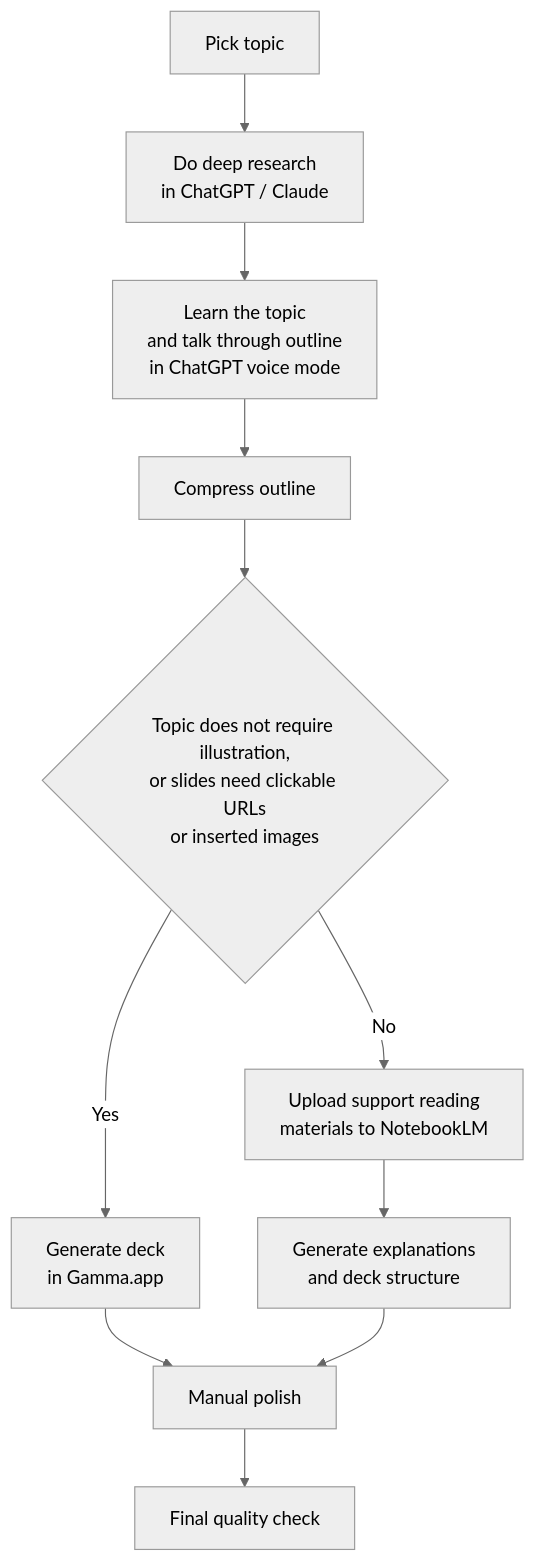
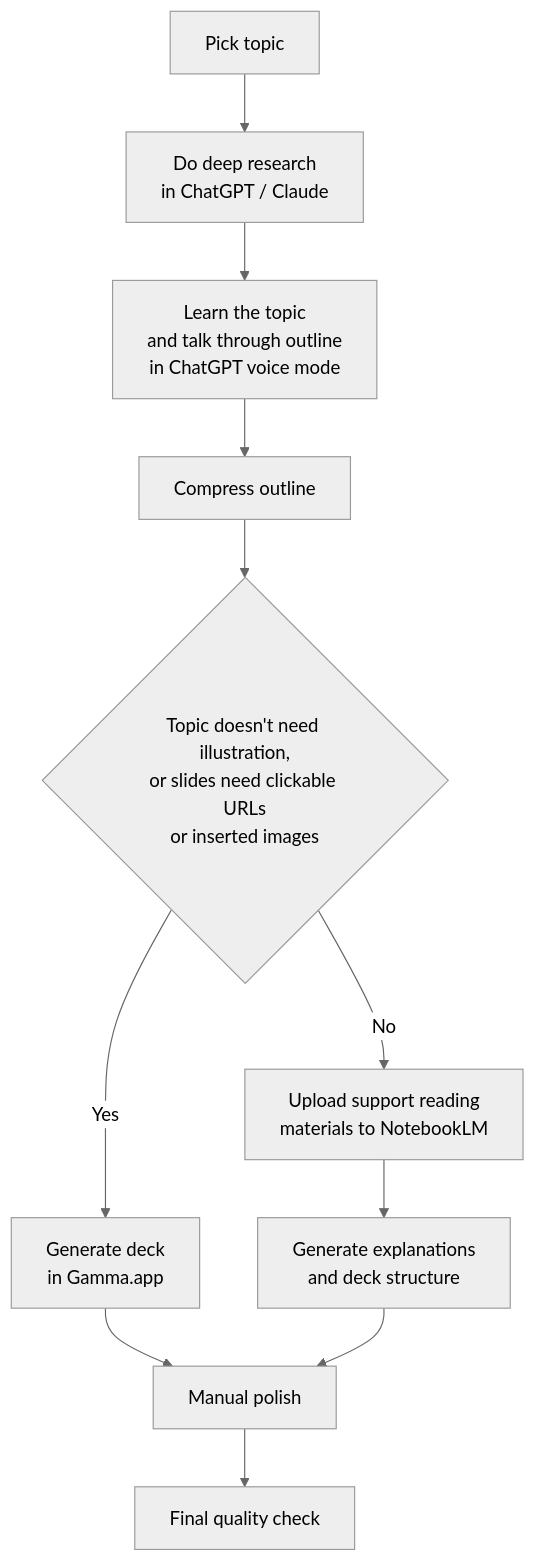
One commit to gty3310/Awesome-Paper-Reading-Group-AI-Slides-Building-Pipeline changed the diagram in readme.md. Above: the diagram before and after it, drawn with Mermaid (neutral theme). The commit also changed other lines of this file, not shown here.

````diff
--- a/readme.md
+++ b/readme.md
@@ -32,21 +32,21 @@
 ```mermaid
 flowchart TD
     A["`Pick topic`"] --> B["`Do deep research
 in ChatGPT / Claude`"]
     B --> C["`Learn the topic
 and talk through outline
 in ChatGPT voice mode`"]
     C --> D["`Compress outline`"]
-    D --> E{"`Topic does not require illustration,
+    D --> E{"`Topic doesn't need illustration,
 or slides need clickable URLs
 or inserted images`"}
     E -- No --> G["`Upload support reading
 materials to NotebookLM`"]
     E -- Yes --> F["`Generate deck
 in Gamma.app`"]
     G --> H["`Generate explanations
 and deck structure`"]
     F --> I["`Manual polish`"]
     H --> I
     I --> J["`Final quality check`"]
 ```
````
